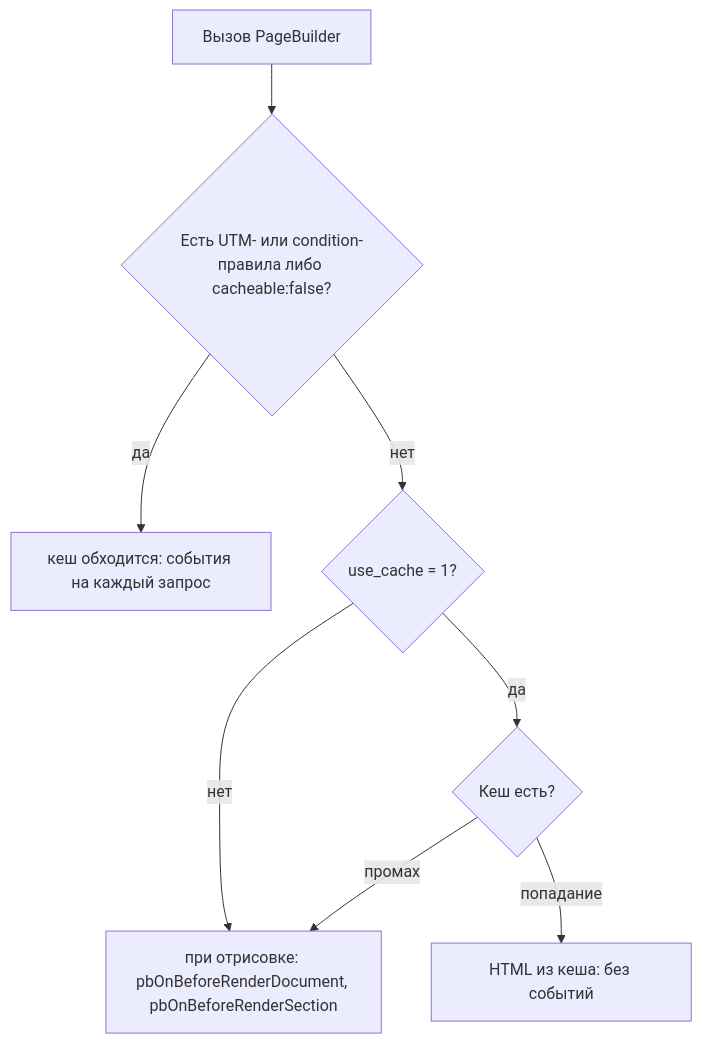
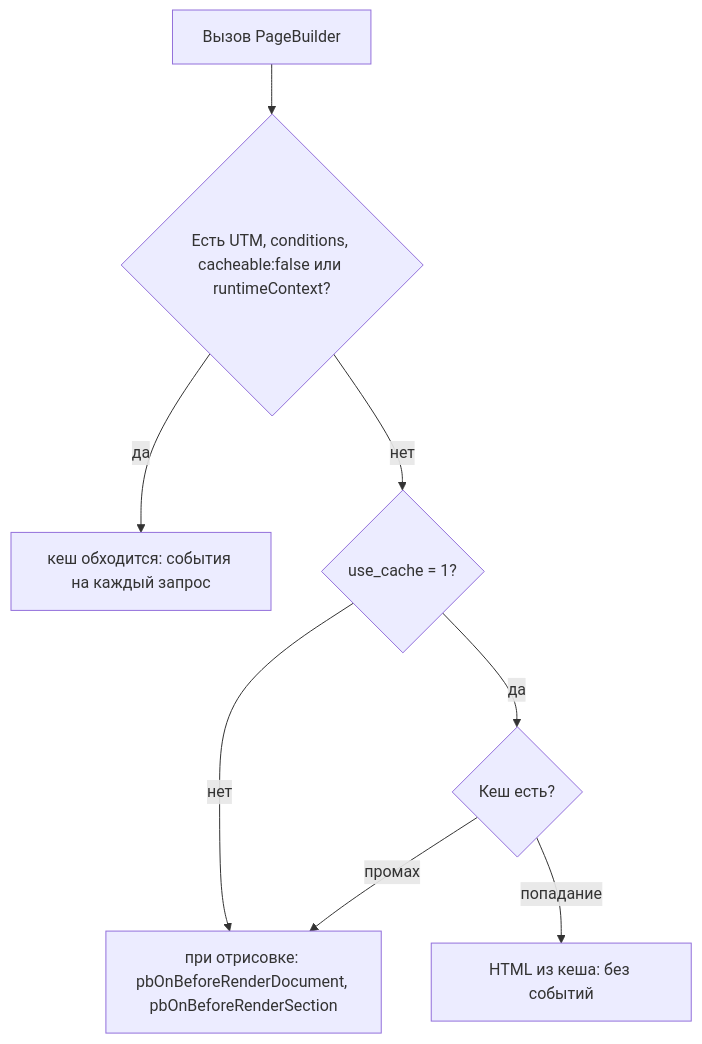
Before and after one commit to modx-pro/Docs: the second of 2 diagrams in docs/components/pagebuilder/snippets/PageBuilder.md, drawn with Mermaid. The commit also changed other lines of this file and 18 other files, not shown here.

````diff
--- a/docs/components/pagebuilder/snippets/PageBuilder.md
+++ b/docs/components/pagebuilder/snippets/PageBuilder.md
@@ -126,10 +126,10 @@
 ```mermaid
 flowchart TB
-    A[Вызов PageBuilder] --> B{"Есть UTM- или condition-правила либо cacheable:false?"}
+    A[Вызов PageBuilder] --> B{"Есть UTM, conditions, cacheable:false или runtimeContext?"}
     B -->|"да"| C["кеш обходится: события на каждый запрос"]
     B -->|"нет"| D{"use_cache = 1?"}
     D -->|"нет"| E["при отрисовке: pbOnBeforeRenderDocument, pbOnBeforeRenderSection"]
     D -->|"да"| F{"Кеш есть?"}
     F -->|"промах"| E
     F -->|"попадание"| G["HTML из кеша: без событий"]
 ```
````
